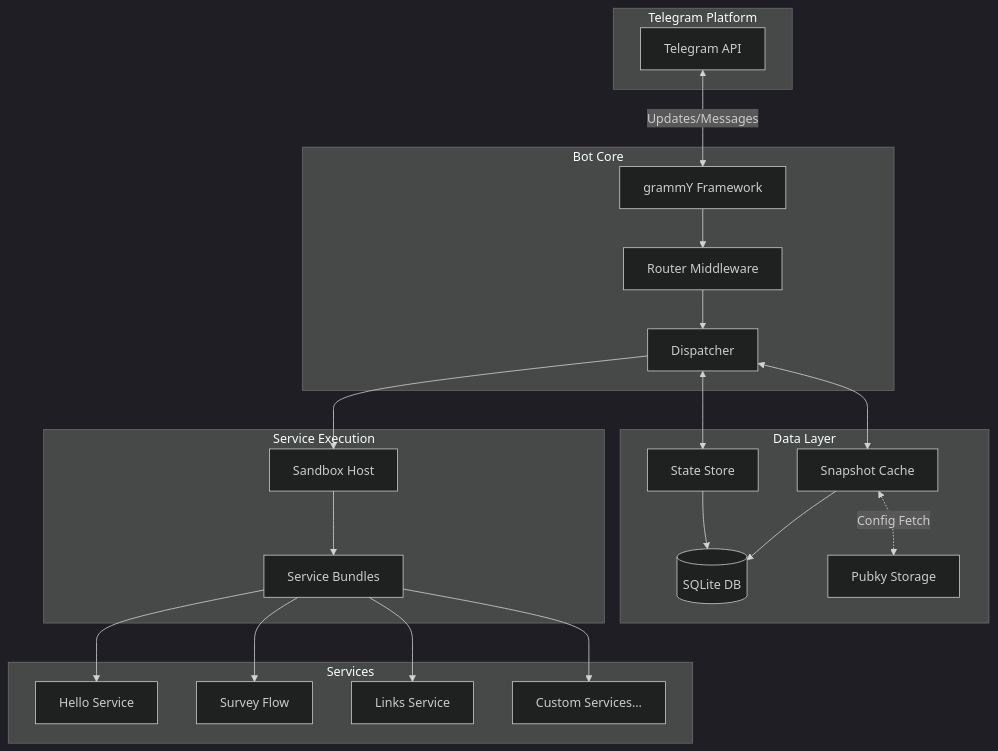
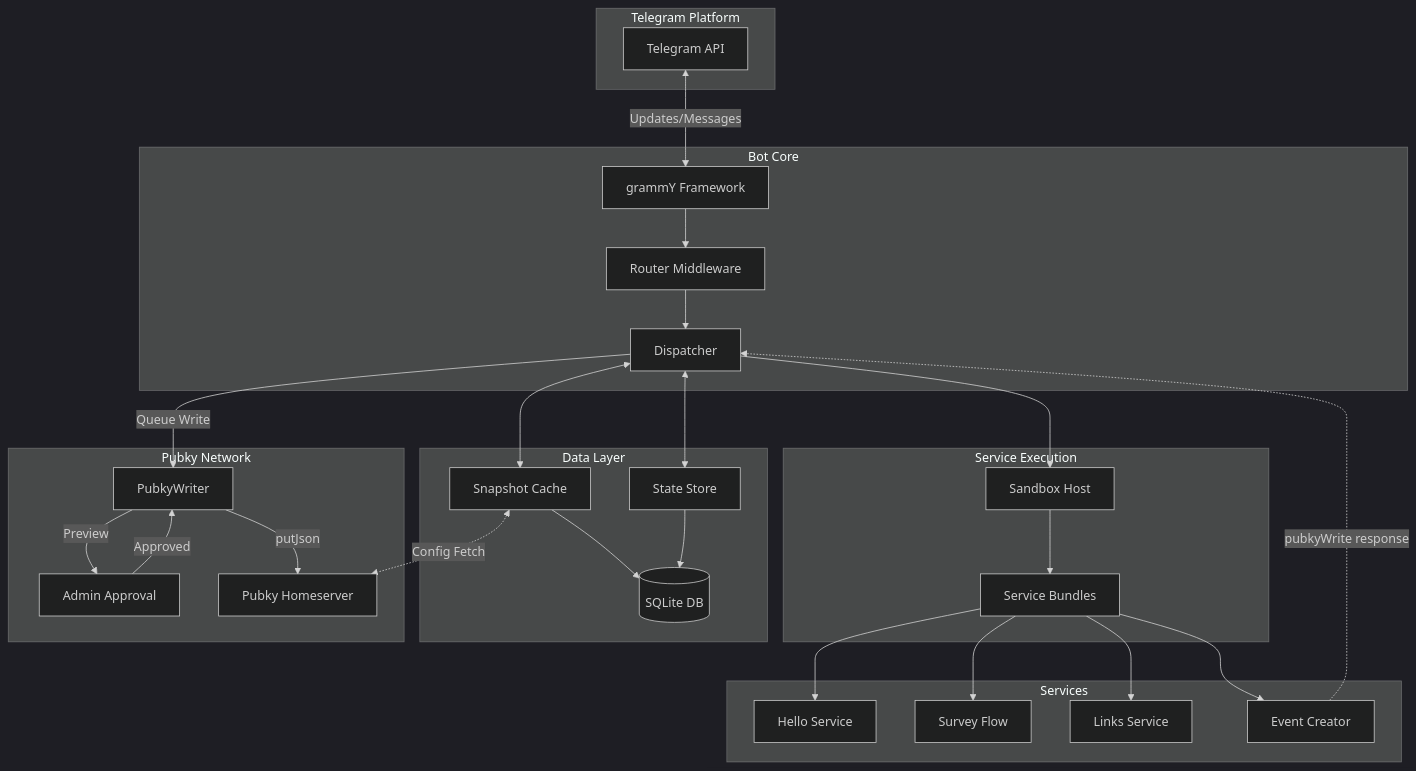
Before and after one commit to gillohner/pubky_bot_builder_telegram: the first of 7 diagrams in docs/overview.md, drawn with Mermaid (dark theme). The commit also changed other lines of this file and 35 other files, not shown here.

````diff
--- a/docs/overview.md
+++ b/docs/overview.md
@@ -8,44 +8,55 @@
 ```mermaid
 flowchart TB
     subgraph Telegram["Telegram Platform"]
         TG[Telegram API]
     end
     
     subgraph Bot["Bot Core"]
         Grammy[grammY Framework]
         Router[Router Middleware]
         Dispatcher[Dispatcher]
     end
     
     subgraph Execution["Service Execution"]
         Sandbox[Sandbox Host]
         Bundle[Service Bundles]
     end
     
     subgraph Services["Services"]
         S1[Hello Service]
         S2[Survey Flow]
         S3[Links Service]
-        S4[Custom Services...]
+        S4[Event Creator]
     end
     
     subgraph Storage["Data Layer"]
         SQLite[(SQLite DB)]
         State[State Store]
         Snapshot[Snapshot Cache]
-        Pubky[Pubky Storage]
+    end
+    
+    subgraph PubkyLayer["Pubky Network"]
+        PW[PubkyWriter]
+        AG[Admin Approval]
+        Pubky[Pubky Homeserver]
     end
     
     TG <-->|Updates/Messages| Grammy
     Grammy --> Router
     Router --> Dispatcher
     Dispatcher --> Sandbox
     Sandbox --> Bundle
     Bundle --> S1 & S2 & S3 & S4
     
     Dispatcher <--> State
     Dispatcher <--> Snapshot
     Snapshot --> SQLite
     State --> SQLite
     Snapshot <-.->|Config Fetch| Pubky
+    
+    S4 -.->|pubkyWrite response| Dispatcher
+    Dispatcher -->|Queue Write| PW
+    PW -->|Preview| AG
+    AG -->|Approved| PW
+    PW -->|putJson| Pubky
 ```
````
